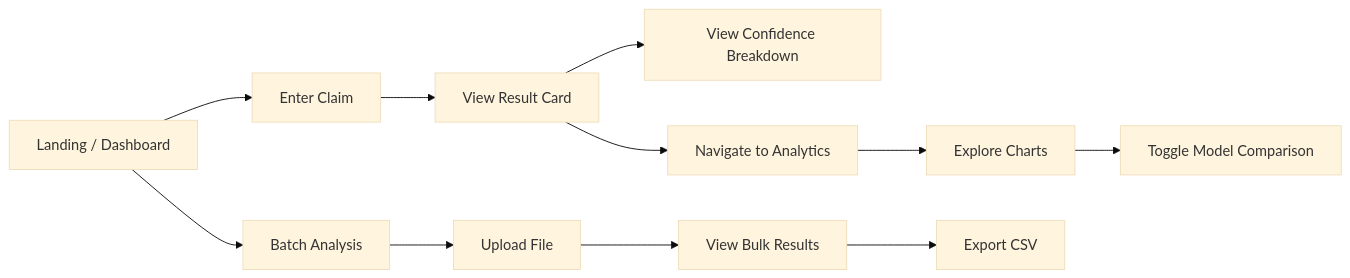
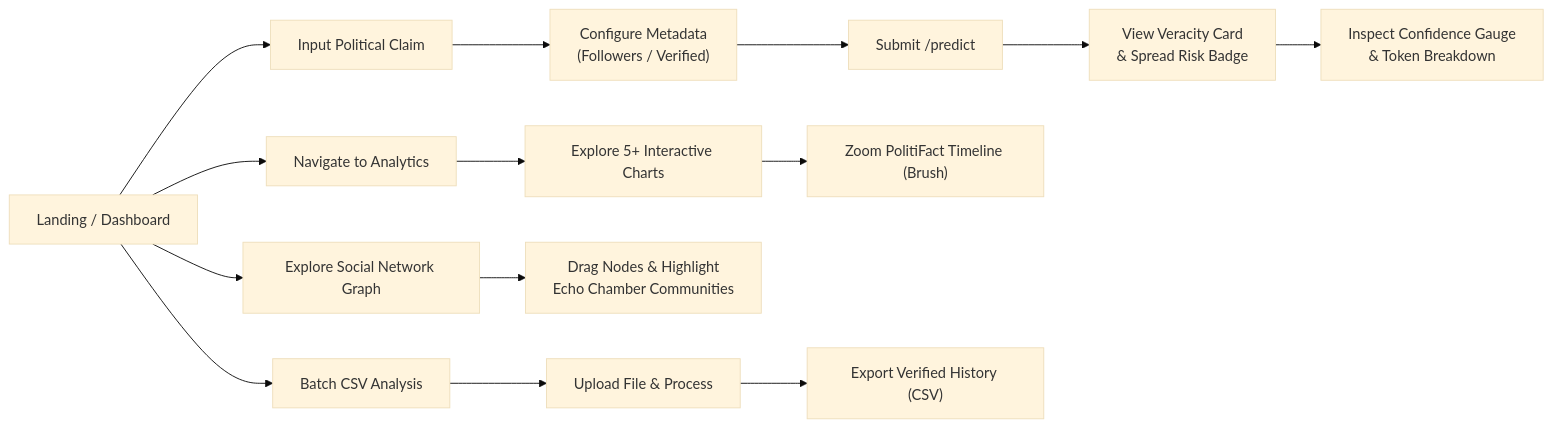
One commit to PhamAn0910/COS30049-political-misinfo changed the second of 2 diagrams in assignment1-plan.md. Above: the diagram before and after it, drawn with Mermaid (base theme). The commit also changed other lines of this file and 9 other files, not shown here.

````diff
--- a/assignment1-plan.md
+++ b/assignment1-plan.md
@@ -343,13 +320,19 @@
-   ```mermaid
-   flowchart LR
-       A["Landing / Dashboard"] --> B["Enter Claim"]
-       B --> C["View Result Card"]
-       C --> D["View Confidence Breakdown"]
-       C --> E["Navigate to Analytics"]
-       E --> F["Explore Charts"]
-       F --> G["Toggle Model Comparison"]
-       A --> H["Batch Analysis"]
-       H --> I["Upload File"]
-       I --> J["View Bulk Results"]
-       J --> K["Export CSV"]
-   ```
+```mermaid
+flowchart LR
+    A["Landing / Dashboard"] --> B["Input Political Claim"]
+    B --> C["Configure Metadata\n(Followers / Verified)"]
+    C --> D["Submit /predict"]
+    D --> E["View Veracity Card\n& Spread Risk Badge"]
+    E --> F["Inspect Confidence Gauge\n& Token Breakdown"]
+    
+    A --> G["Navigate to Analytics"]
+    G --> H["Explore 5+ Interactive Charts"]
+    H --> I["Zoom PolitiFact Timeline (Brush)"]
+    
+    A --> J["Explore Social Network Graph"]
+    J --> K["Drag Nodes & Highlight\nEcho Chamber Communities"]
+    
+    A --> L["Batch CSV Analysis"]
+    L --> M["Upload File & Process"]
+    M --> N["Export Verified History (CSV)"]
+```
````
